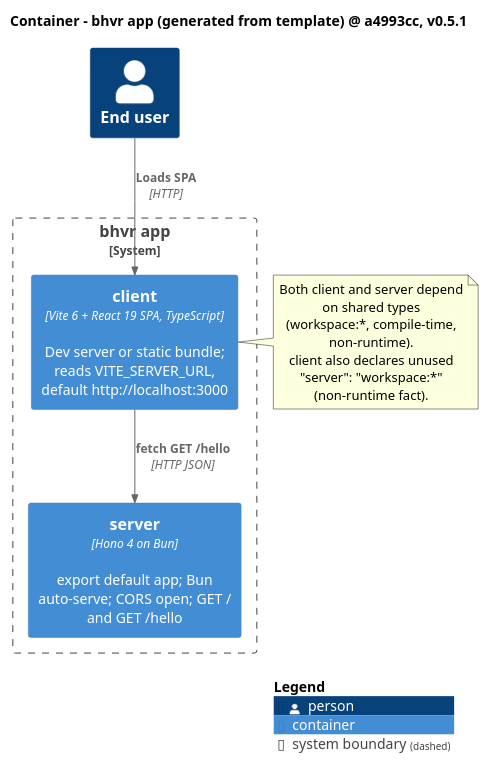
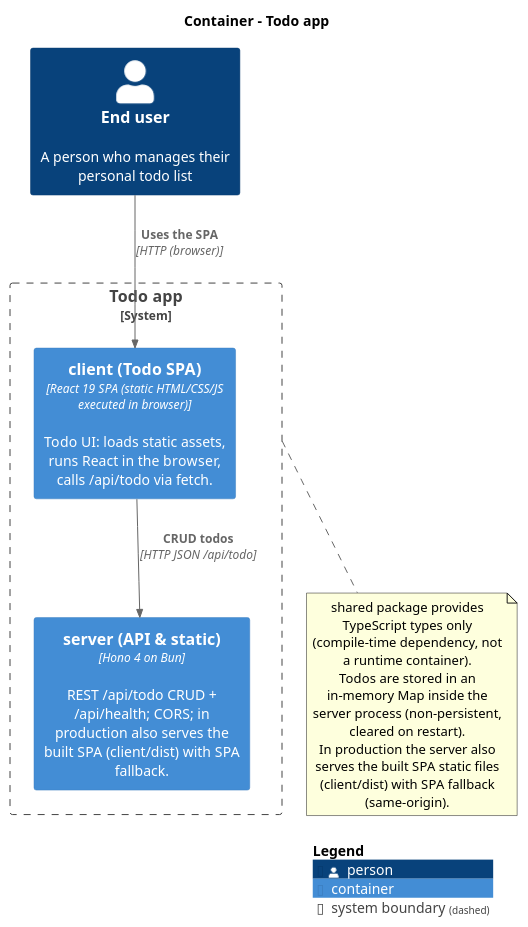
Before and after one commit to MemoryIt/todo: the diagram in docs/architecture/diagrams/02-container.puml, drawn with PlantUML.

Commit message:
docs(diagrams): update container diagram for the todo app
Model client as a browser-executed SPA and server as API + static
host; remove the reverse serving relation and dev-only details.

```diff
--- a/docs/architecture/diagrams/02-container.puml
+++ b/docs/architecture/diagrams/02-container.puml
@@ -1,22 +1,22 @@
 @startuml
 !include <C4/C4_Container>
-title Container - bhvr app (generated from template) @ a4993cc, v0.5.1
+title Container - Todo app
 
-Person(user, "End user")
-System_Boundary(b, "bhvr app") {
-  Container(client, "client", "Vite 6 + React 19 SPA, TypeScript", "Dev server or static bundle; reads VITE_SERVER_URL, default http://localhost:3000")
-  Container(server, "server", "Hono 4 on Bun", "export default app; Bun auto-serve; CORS open; GET / and GET /hello")
+Person(user, "End user", "A person who manages their personal todo list")
+
+System_Boundary(b, "Todo app") {
+  Container(client, "client (Todo SPA)", "React 19 SPA (static HTML/CSS/JS executed in browser)", "Todo UI: loads static assets, runs React in the browser, calls /api/todo via fetch.")
+  Container(server, "server (API & static)", "Hono 4 on Bun", "REST /api/todo CRUD + /api/health; CORS; in production also serves the built SPA (client/dist) with SPA fallback.")
 }
 
-Rel(user, client, "Loads SPA", "HTTP")
-Rel(client, server, "fetch GET /hello", "HTTP JSON")
+Rel(user, client, "Uses the SPA", "HTTP (browser)")
+Rel(client, server, "CRUD todos", "HTTP JSON /api/todo")
 
-note right of client
-  Both client and server depend on shared types
-  (workspace:*, compile-time, non-runtime).
-  client also declares unused "server": "workspace:*"
-  (non-runtime fact).
+note bottom of b
+  shared package provides TypeScript types only (compile-time dependency, not a runtime container).
+  Todos are stored in an in-memory Map inside the server process (non-persistent, cleared on restart).
+  In production the server also serves the built SPA static files (client/dist) with SPA fallback (same-origin).
 end note
 
 SHOW_LEGEND()
 @enduml
```
